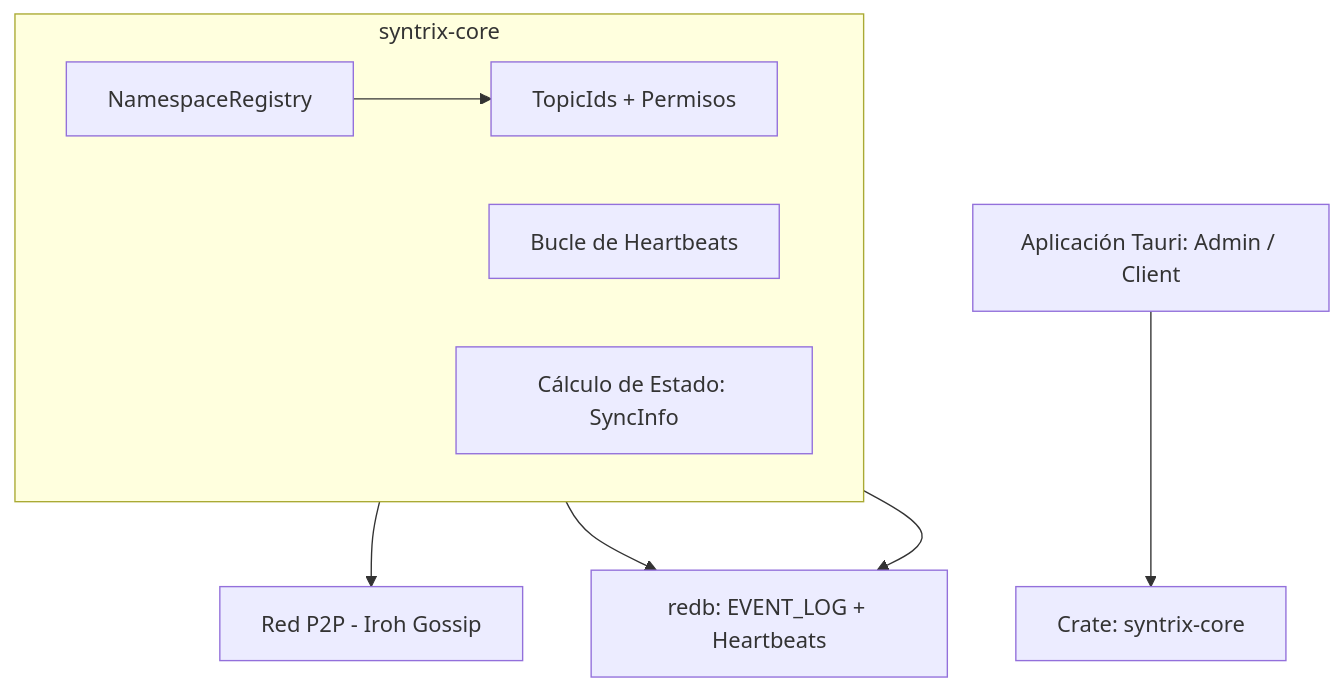
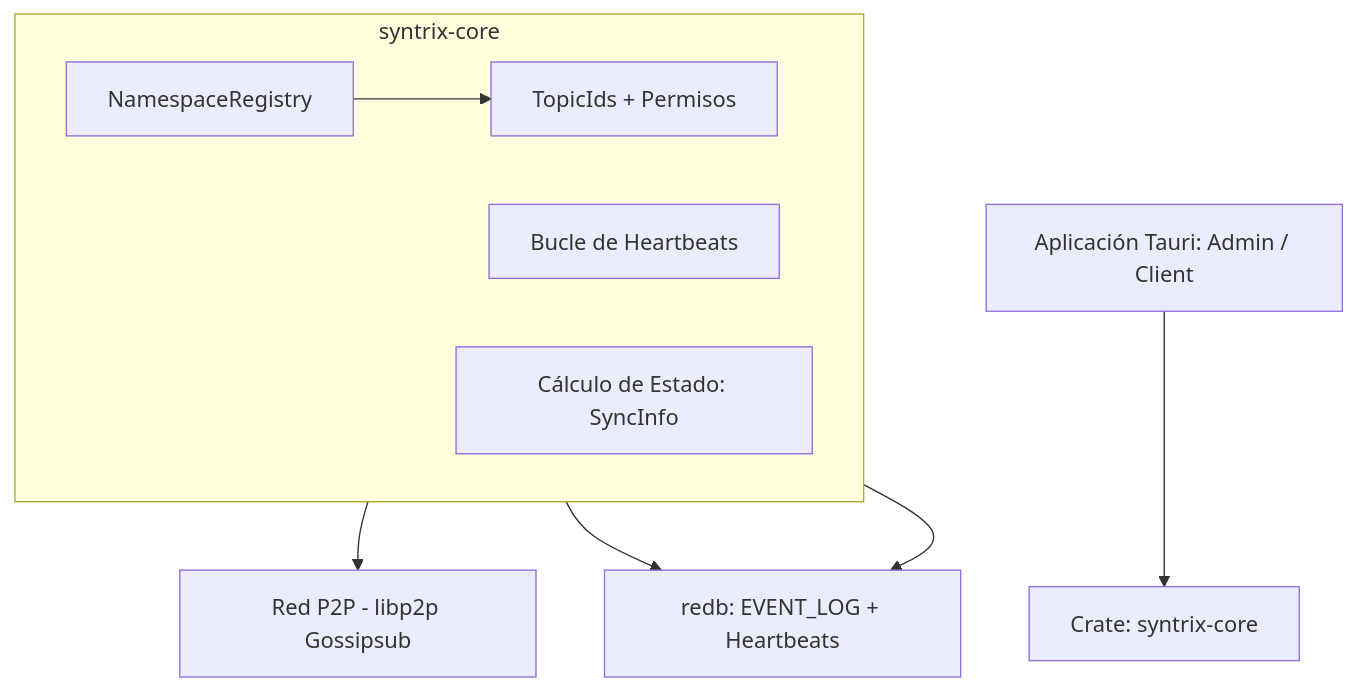
The diagram in apps/docs/src/content/docs/arquitectura/sincronizacion.md (royalcala/syntrix-monorepo), drawn with Mermaid before and after one commit. The commit also changed other lines of this file and 24 other files, not shown here.

First line of the commit message:
Refactor P2P integration from Iroh to libp2p across the application

````diff
--- a/apps/docs/src/content/docs/arquitectura/sincronizacion.md
+++ b/apps/docs/src/content/docs/arquitectura/sincronizacion.md
@@ -14,15 +14,15 @@
 ```mermaid
 graph TD
     A[Aplicación Tauri: Admin / Client] --> B[Crate: syntrix-core]
     
     subgraph syntrix-core
         direction LR
         B1[NamespaceRegistry] --> B2[TopicIds + Permisos]
         B3[Bucle de Heartbeats]
         B4[Cálculo de Estado: SyncInfo]
     end
 
-    B2 --> C[Red P2P - Iroh Gossip]
+    B2 --> C[Red P2P - libp2p Gossipsub]
     B3 --> D[redb: EVENT_LOG + Heartbeats]
     B4 --> D
 ```
````
